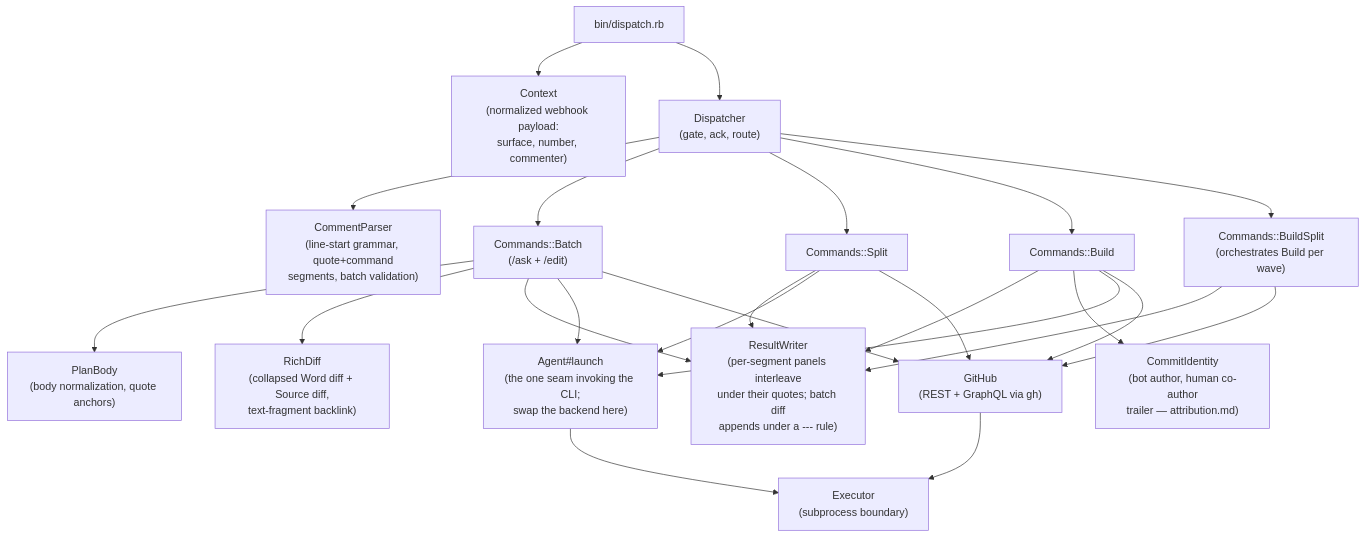
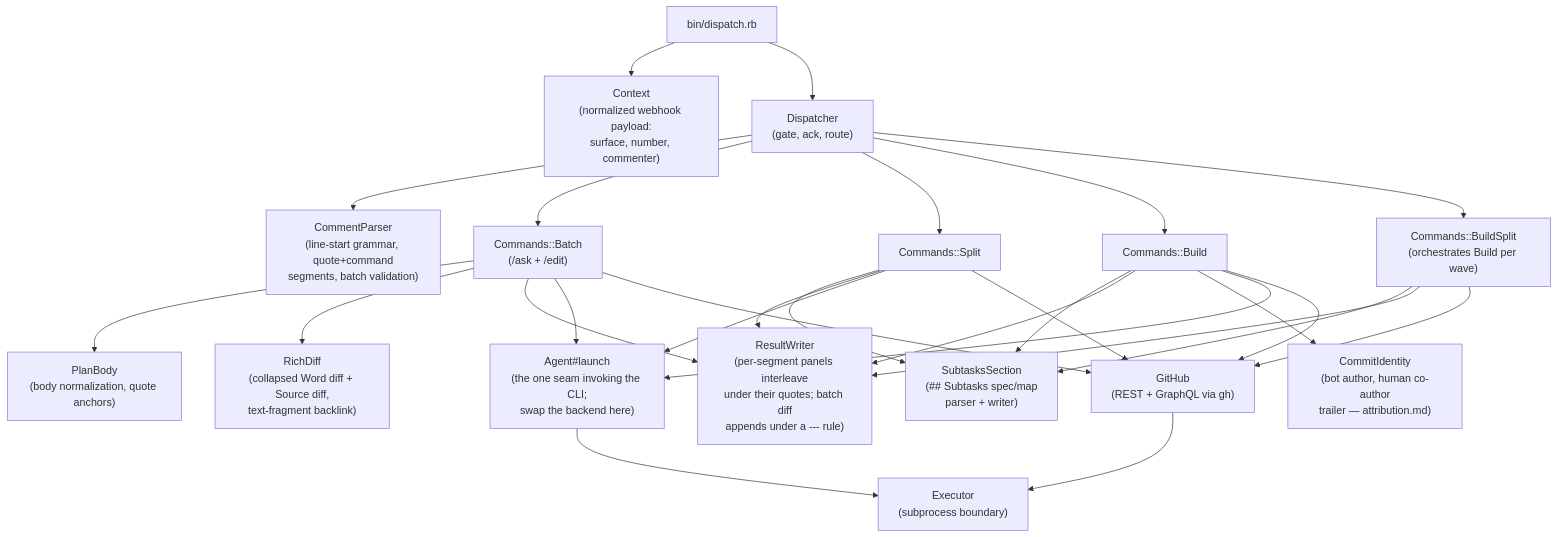
Before and after one commit to d3mlabs/ai-flow: the third of 6 diagrams in docs/architecture.md, drawn with Mermaid. The commit also changed other lines of this file and 15 other files, not shown here.

````diff
--- a/docs/architecture.md
+++ b/docs/architecture.md
@@ -109,28 +111,31 @@
 ```mermaid
 flowchart TD
     entry["bin/dispatch.rb"] --> ctx["Context<br/>(normalized webhook payload:<br/>surface, number, commenter)"]
     entry --> disp["Dispatcher<br/>(gate, ack, route)"]
     disp --> parser["CommentParser<br/>(line-start grammar, quote+command<br/>segments, batch validation)"]
     disp --> batchCmd["Commands::Batch<br/>(/ask + /edit)"]
     disp --> splitCmd["Commands::Split"]
     disp --> buildCmd["Commands::Build"]
     disp --> buildSplitCmd["Commands::BuildSplit<br/>(orchestrates Build per wave)"]
 
+    splitCmd --> subtasksSection["SubtasksSection<br/>(## Subtasks spec/map<br/>parser + writer)"]
+    buildCmd --> subtasksSection
+    buildSplitCmd --> subtasksSection
     batchCmd --> planBody["PlanBody<br/>(body normalization, quote anchors)"]
     batchCmd --> richDiff["RichDiff<br/>(collapsed Word diff + Source diff,<br/>text-fragment backlink)"]
     batchCmd --> resultWriter["ResultWriter<br/>(per-segment panels interleave<br/>under their quotes; batch diff<br/>appends under a --- rule)"]
     splitCmd --> resultWriter
     buildCmd --> resultWriter
     buildSplitCmd --> resultWriter
     buildCmd --> commitIdentity["CommitIdentity<br/>(bot author, human co-author<br/>trailer — attribution.md)"]
 
     batchCmd --> agent["Agent#launch<br/>(the one seam invoking the CLI;<br/>swap the backend here)"]
     splitCmd --> agent
     buildCmd --> agent
     batchCmd --> gh["GitHub<br/>(REST + GraphQL via gh)"]
     splitCmd --> gh
     buildCmd --> gh
     buildSplitCmd --> gh
     agent --> exec["Executor<br/>(subprocess boundary)"]
     gh --> exec
 ```
````
